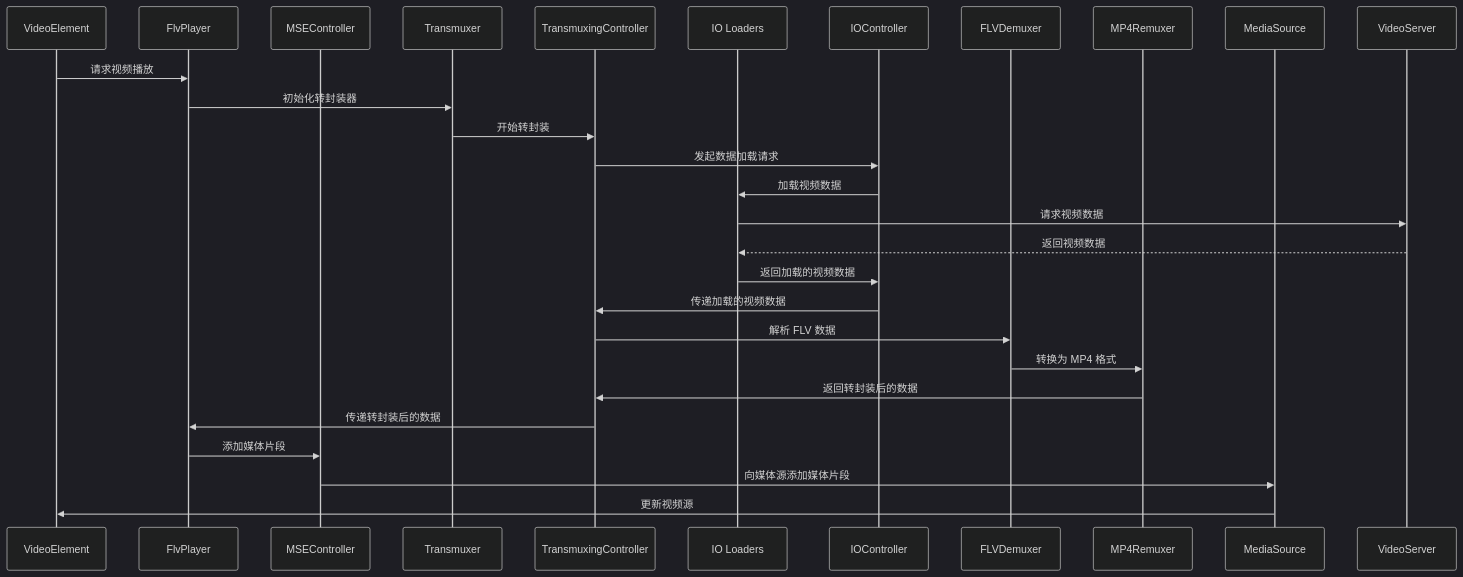
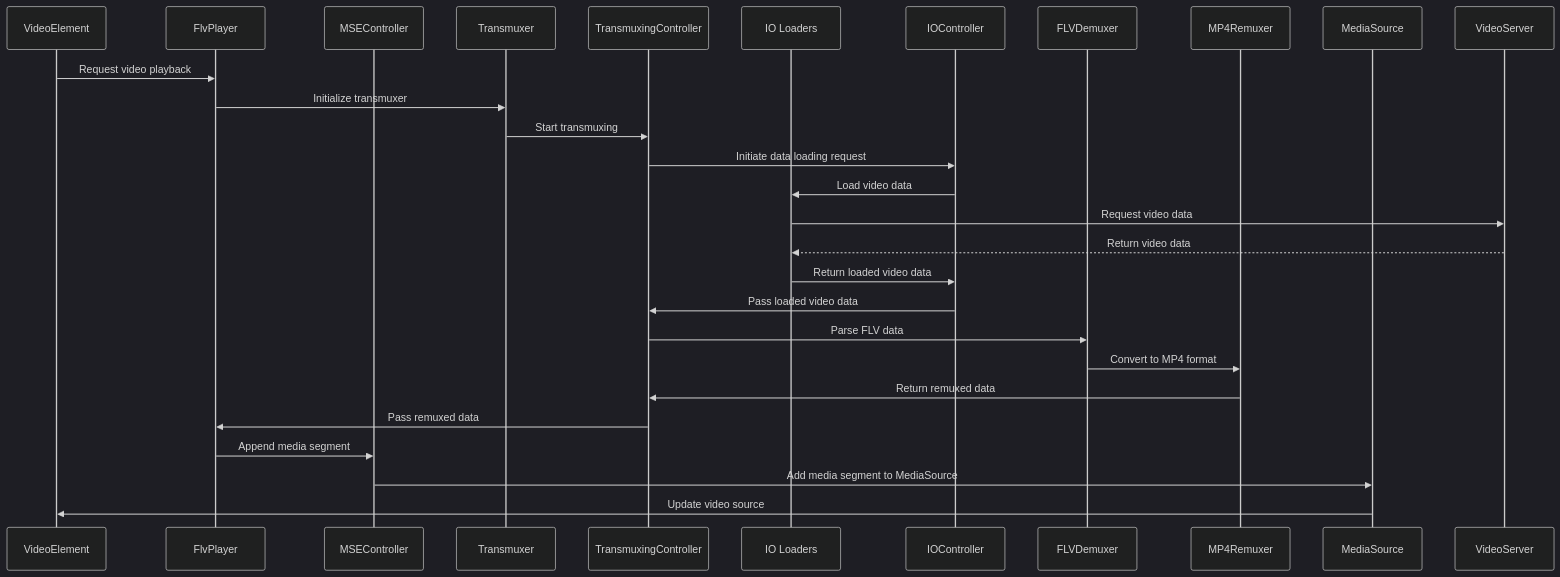
One commit to cellinlab/how-flvjs-works changed the second of 3 diagrams in README.md. Above: the diagram before and after it, drawn with Mermaid (dark theme). The commit also changed other lines of this file and 59 other files, not shown here.

````diff
--- a/README.md
+++ b/README.md
@@ -33,32 +33,33 @@
 ```mermaid
 sequenceDiagram
     participant VideoElement
     participant FlvPlayer
     participant MSEController
     participant Transmuxer
     participant TransmuxingController
     participant IO Loaders
     participant IOController
     participant FLVDemuxer
     participant MP4Remuxer
     participant MediaSource
     participant VideoServer
 
-    VideoElement->>FlvPlayer: 请求视频播放
-    FlvPlayer->>Transmuxer: 初始化转封装器
-    Transmuxer->>TransmuxingController: 开始转封装
-    TransmuxingController->>IOController: 发起数据加载请求
-    IOController->>IO Loaders: 加载视频数据
-    IO Loaders->>VideoServer: 请求视频数据
-    VideoServer-->>IO Loaders: 返回视频数据
-    IO Loaders->>IOController: 返回加载的视频数据
-    IOController->>TransmuxingController: 传递加载的视频数据
-    TransmuxingController->>FLVDemuxer: 解析 FLV 数据
-    FLVDemuxer->>MP4Remuxer: 转换为 MP4 格式
-    MP4Remuxer->>TransmuxingController: 返回转封装后的数据
-    TransmuxingController->>FlvPlayer: 传递转封装后的数据
-    FlvPlayer->>MSEController: 添加媒体片段
-    MSEController->>MediaSource: 向媒体源添加媒体片段
-    MediaSource->>VideoElement: 更新视频源
+    VideoElement->>FlvPlayer: Request video playback
+    FlvPlayer->>Transmuxer: Initialize transmuxer
+    Transmuxer->>TransmuxingController: Start transmuxing
+    TransmuxingController->>IOController: Initiate data loading request
+    IOController->>IO Loaders: Load video data
+    IO Loaders->>VideoServer: Request video data
+    VideoServer-->>IO Loaders: Return video data
+    IO Loaders->>IOController: Return loaded video data
+    IOController->>TransmuxingController: Pass loaded video data
+    TransmuxingController->>FLVDemuxer: Parse FLV data
+    FLVDemuxer->>MP4Remuxer: Convert to MP4 format
+    MP4Remuxer->>TransmuxingController: Return remuxed data
+    TransmuxingController->>FlvPlayer: Pass remuxed data
+    FlvPlayer->>MSEController: Append media segment
+    MSEController->>MediaSource: Add media segment to MediaSource
+    MediaSource->>VideoElement: Update video source
+
 
 ```
````
